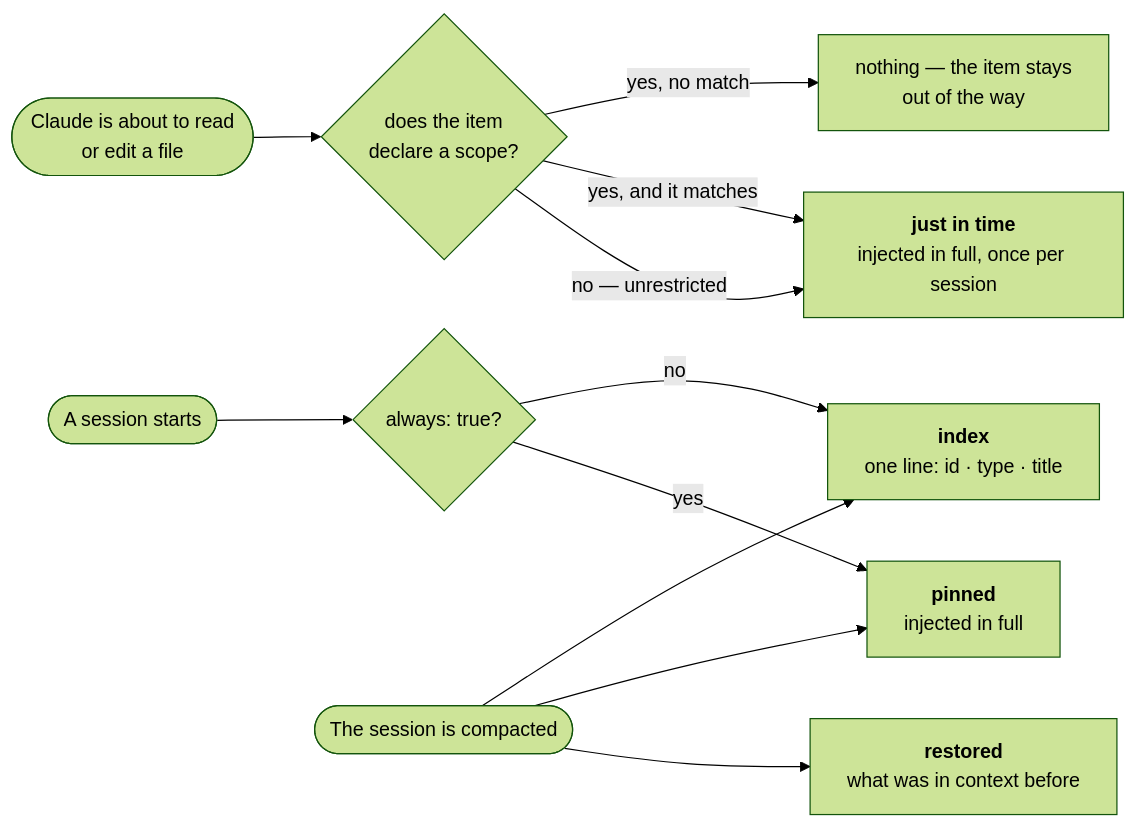
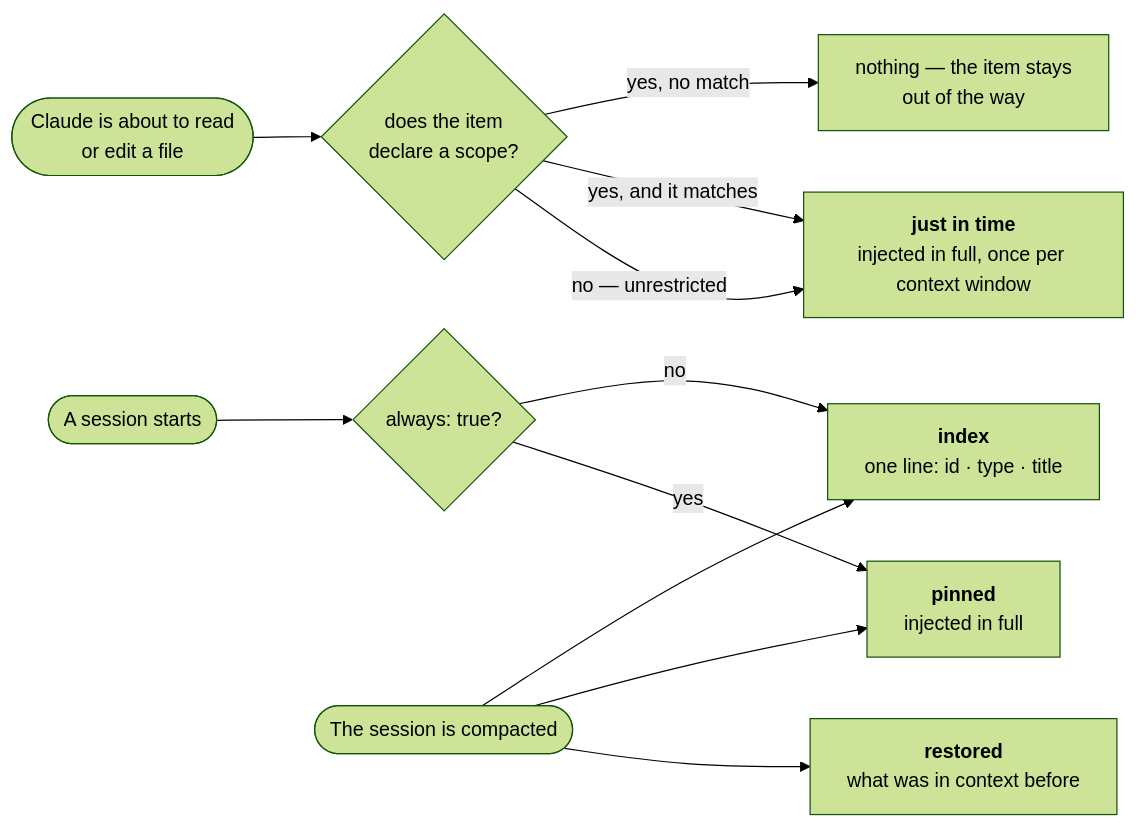
The third of 5 diagrams in README.md (Dudi-Bar-On/my-context), drawn with Mermaid (forest theme) before and after one commit. The commit also changed other lines of this file and 2 other files, not shown here.

First line of the commit message:
docs: record the subagent injection finding (ROADMAP E2) in §8 of both READMEs

````diff
--- a/README.md
+++ b/README.md
@@ -1302,13 +1302,13 @@
 ```mermaid
 flowchart LR
   S(["A session starts"]) --> Q{"always: true?"}
   Q -->|yes| PIN["<b>pinned</b><br/>injected in full"]
   Q -->|no| IDX["<b>index</b><br/>one line: id · type · title"]
   F(["Claude is about to read<br/>or edit a file"]) --> G{"does the item<br/>declare a scope?"}
-  G -->|"no — unrestricted"| JIT["<b>just in time</b><br/>injected in full, once per session"]
+  G -->|"no — unrestricted"| JIT["<b>just in time</b><br/>injected in full, once per context window"]
   G -->|"yes, and it matches"| JIT
   G -->|"yes, no match"| NO["nothing — the item stays<br/>out of the way"]
   C(["The session is compacted"]) --> RES["<b>restored</b><br/>what was in context before"]
   C --> PIN
   C --> IDX
 ```
````
